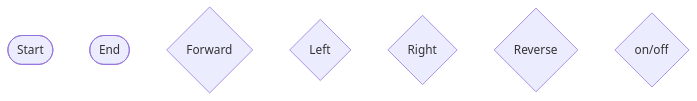
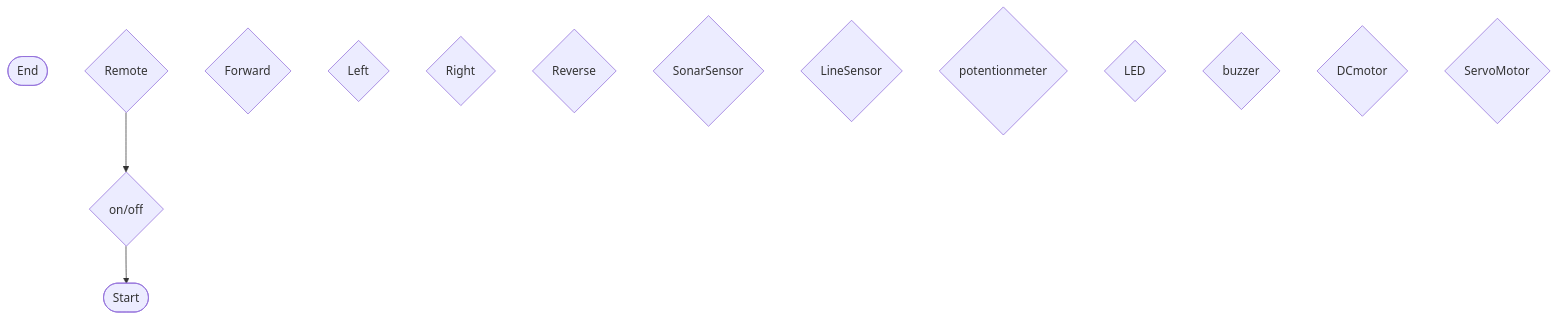
Before and after one commit to 0717330/arduino-board-project: the second of 2 diagrams in logic.md, drawn with Mermaid.

````diff
--- a/logic.md
+++ b/logic.md
@@ -25,13 +25,23 @@
 ```mermaid
 flowchart TD
 terminalStart([Start])
 terminalEnd([End])
 
+Remote{Remote}
 ButtonUp{Forward}
 ButtonLeft{Left}
 ButtonRight{Right}
 ButtonDown{Reverse}
 ButtonMiddle{on/off}
 
+Sonar{SonarSensor}
+Line{LineSensor}
+Potentionmeter{potentionmeter}
+LED{LED}
+Buzzer{buzzer}
+DCmotor{DCmotor}
+ServoMotor{ServoMotor}
 
+Remote --> ButtonMiddle
+ButtonMiddle --> terminalStart
 ```
````
